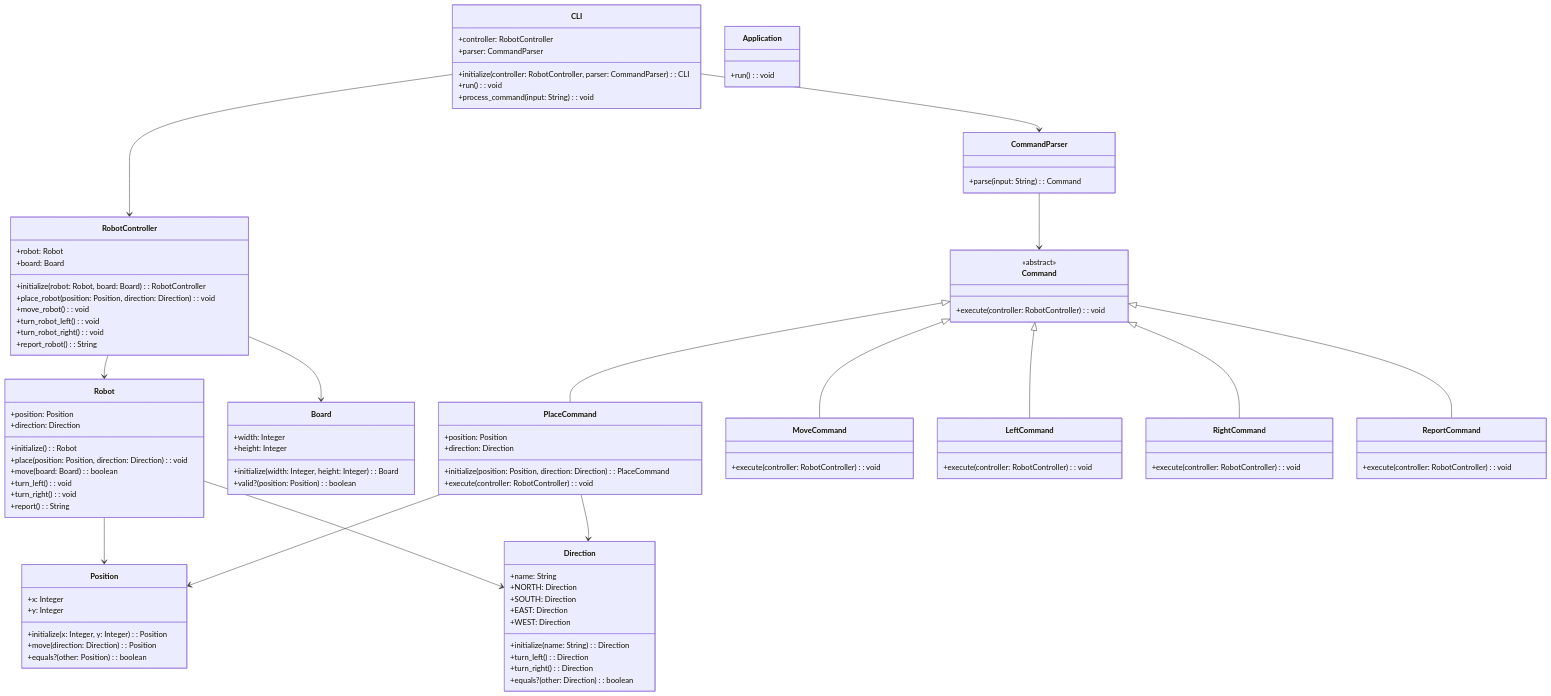
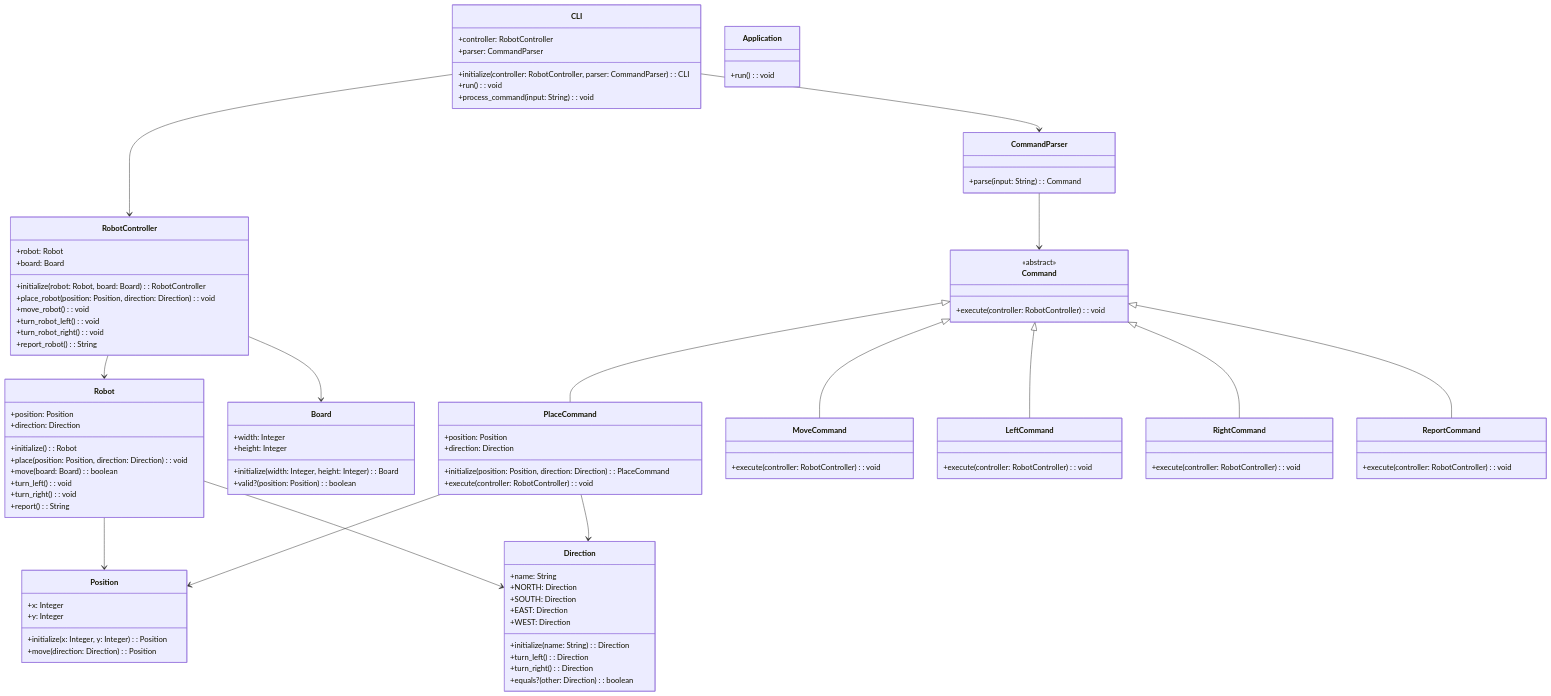
One commit to tom-barone/robot-simulator changed the diagram in .claude/docs/design.md. Above: the diagram before and after it, drawn with Mermaid. The commit also changed 1 other file, not shown here.

Commit message:
Update the plan
- Don't need position equality

```diff
--- a/.claude/docs/design.md
+++ b/.claude/docs/design.md
@@ -39,7 +39,6 @@
         +y: Integer
         +initialize(x: Integer, y: Integer): Position
         +move(direction: Direction): Position
-        +equals?(other: Position): boolean
     }
 
     class Direction {
```
